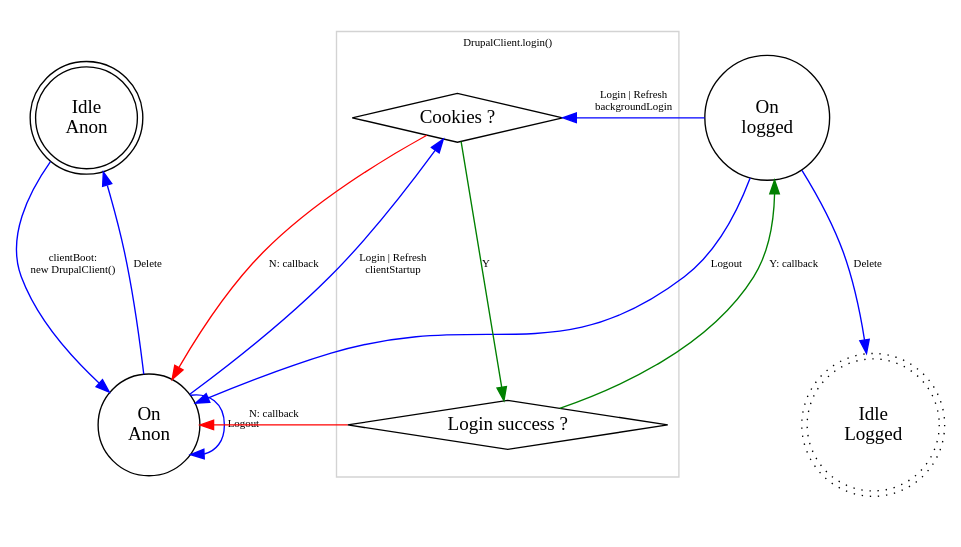
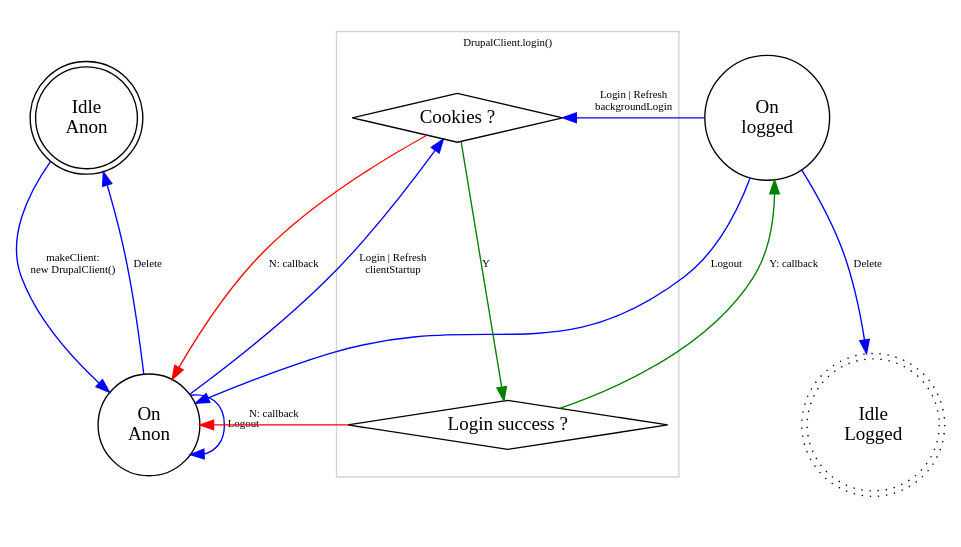
Before and after one commit to fgm/accounts-drupal: the diagram in help/client-state-diagram-autologin-always.dot, drawn with Graphviz. The commit also changed 11 other files, not shown here.

```diff
--- a/help/client-state-diagram-autologin-always.dot
+++ b/help/client-state-diagram-autologin-always.dot
@@ -1,48 +1,48 @@
 digraph login {
 	rankdir = TB;
 	ratio = 0.5625; // 16/9.
 
 	// States
 	node [ shape="circle", style="solid" ];
 	idle_anon	[ label="Idle\nAnon", shape="doublecircle" ];
 	idle_logged	[ label="Idle\nLogged", shape="doublecircle", style="dotted" ];
 	on_anon		[ label="On\nAnon" ];
 	on_logged	[ label="On\nlogged" ];
 
 	// Decisions
 	node            [ shape="diamond" ];
 	cookies 		    [ label="Cookies ?" ];
 	login_method		[ label="Login success ?"];
 
 	node [ shape="rect", color=red ];
 
   subgraph cluster_login {
     color = lightgray;
     fontsize = 8;
     label = "DrupalClient.login()"
 
     cookies;
     login_method;
   }
 
 	// Edges
 	edge [ color=blue, fontsize= 8 ];
-	idle_anon -> on_anon		[ label="clientBoot:\nnew DrupalClient()" ];
+	idle_anon -> on_anon		[ label="makeClient:\nnew DrupalClient()" ];
 	on_anon -> cookies			[ label="Login | Refresh\nclientStartup" ];
 	on_anon -> on_anon			[ label="Logout" ];
 	on_anon -> idle_anon			[ label="Delete" ];
 	on_logged -> cookies			[ label="Login | Refresh\nbackgroundLogin" ];
 	on_logged -> on_anon			[ label="Logout" ];
 	on_logged -> idle_logged		[ label="Delete" ];
 
 	// Success
 	edge [ label="Y", color=green ];
 	cookies -> login_method;
 	login_method -> on_logged		[ label="Y: callback" ];
 
 	// Failure
 	edge [ label="N: callback", color=red ];
 	cookies -> on_anon;
 	login_method -> on_anon;
 
 }
```
